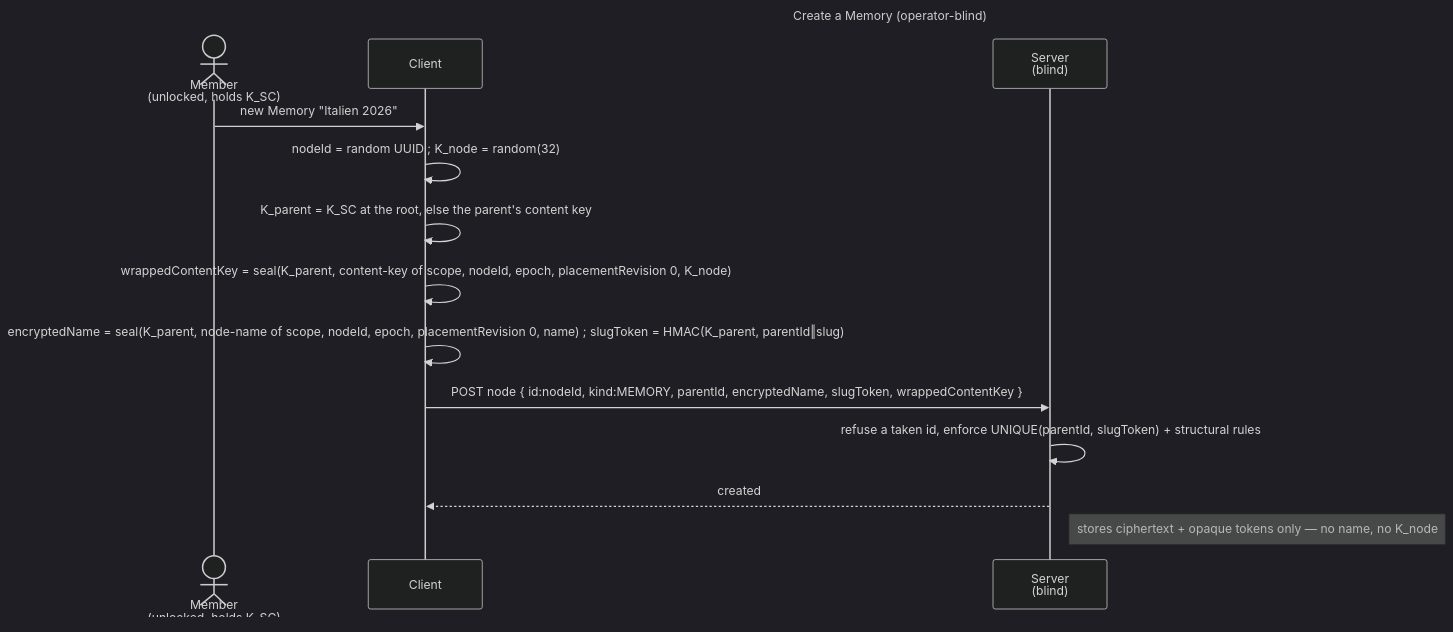
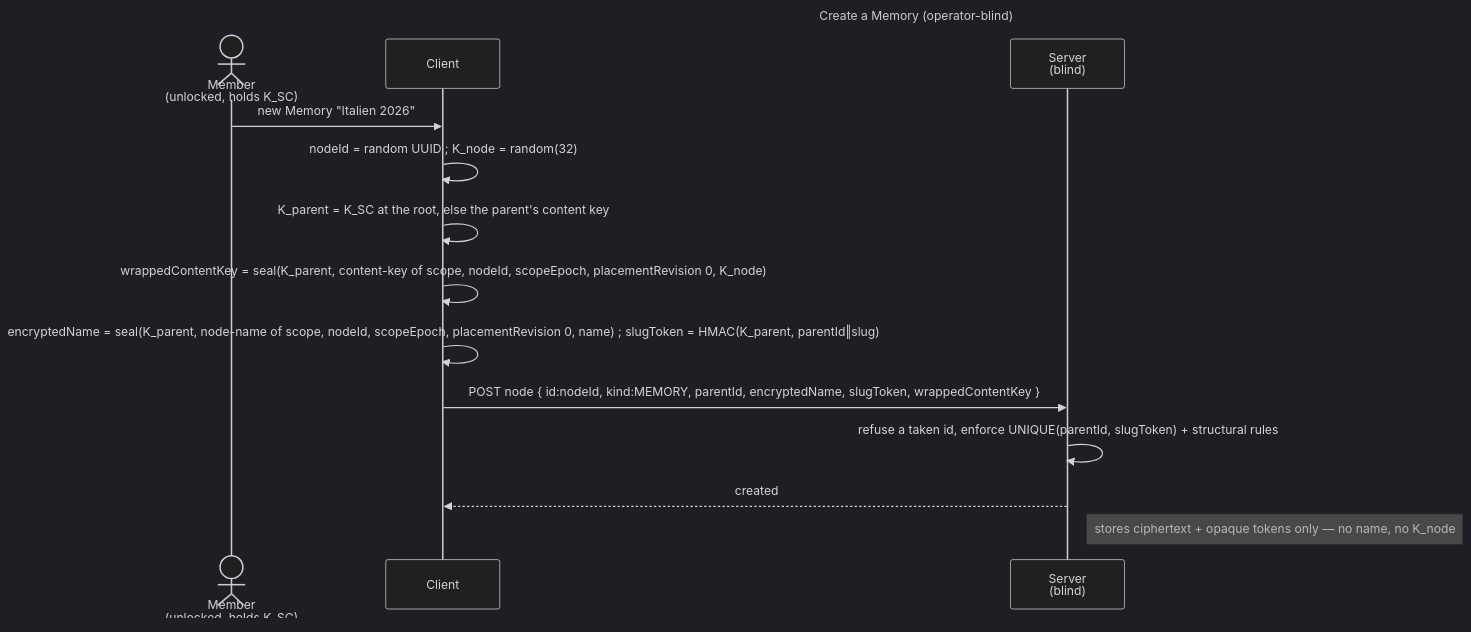
One commit to raddatzk/veyq changed the diagram in docs/features/platform/enablers/en.platform.node-tree.md. Above: the diagram before and after it, drawn with Mermaid (dark theme). The commit also changed other lines of this file and 80 other files, not shown here.

````diff
--- a/docs/features/platform/enablers/en.platform.node-tree.md
+++ b/docs/features/platform/enablers/en.platform.node-tree.md
@@ -72,18 +72,18 @@
 ```mermaid
 ---
 title: Create a Memory (operator-blind)
 ---
 sequenceDiagram
   actor U as Member<br>(unlocked, holds K_SC)
   participant C as Client
   participant S as Server<br>(blind)
   U->>C: new Memory "Italien 2026"
   C->>C: nodeId = random UUID #59; K_node = random(32)
   C->>C: K_parent = K_SC at the root, else the parent's content key
-  C->>C: wrappedContentKey = seal(K_parent, content-key of scope, nodeId, epoch, placementRevision 0, K_node)
-  C->>C: encryptedName = seal(K_parent, node-name of scope, nodeId, epoch, placementRevision 0, name) #59; slugToken = HMAC(K_parent, parentId‖slug)
+  C->>C: wrappedContentKey = seal(K_parent, content-key of scope, nodeId, scopeEpoch, placementRevision 0, K_node)
+  C->>C: encryptedName = seal(K_parent, node-name of scope, nodeId, scopeEpoch, placementRevision 0, name) #59; slugToken = HMAC(K_parent, parentId‖slug)
   C->>S: POST node { id:nodeId, kind:MEMORY, parentId, encryptedName, slugToken, wrappedContentKey }
   S->>S: refuse a taken id, enforce UNIQUE(parentId, slugToken) + structural rules
   S-->>C: created
   Note right of S: stores ciphertext + opaque tokens only — no name, no K_node
 ```
````
